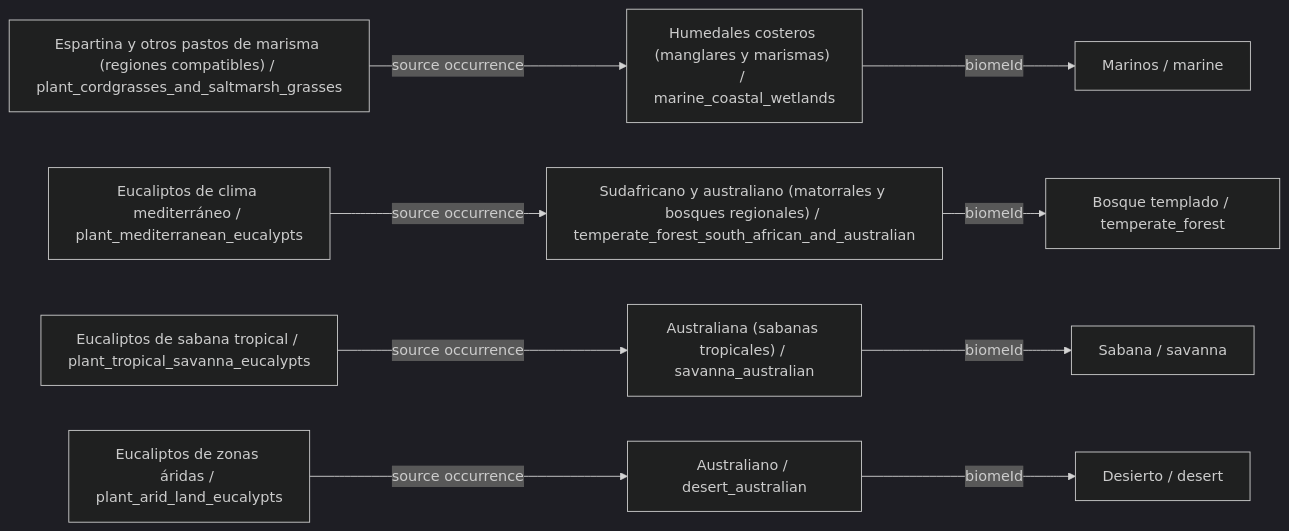
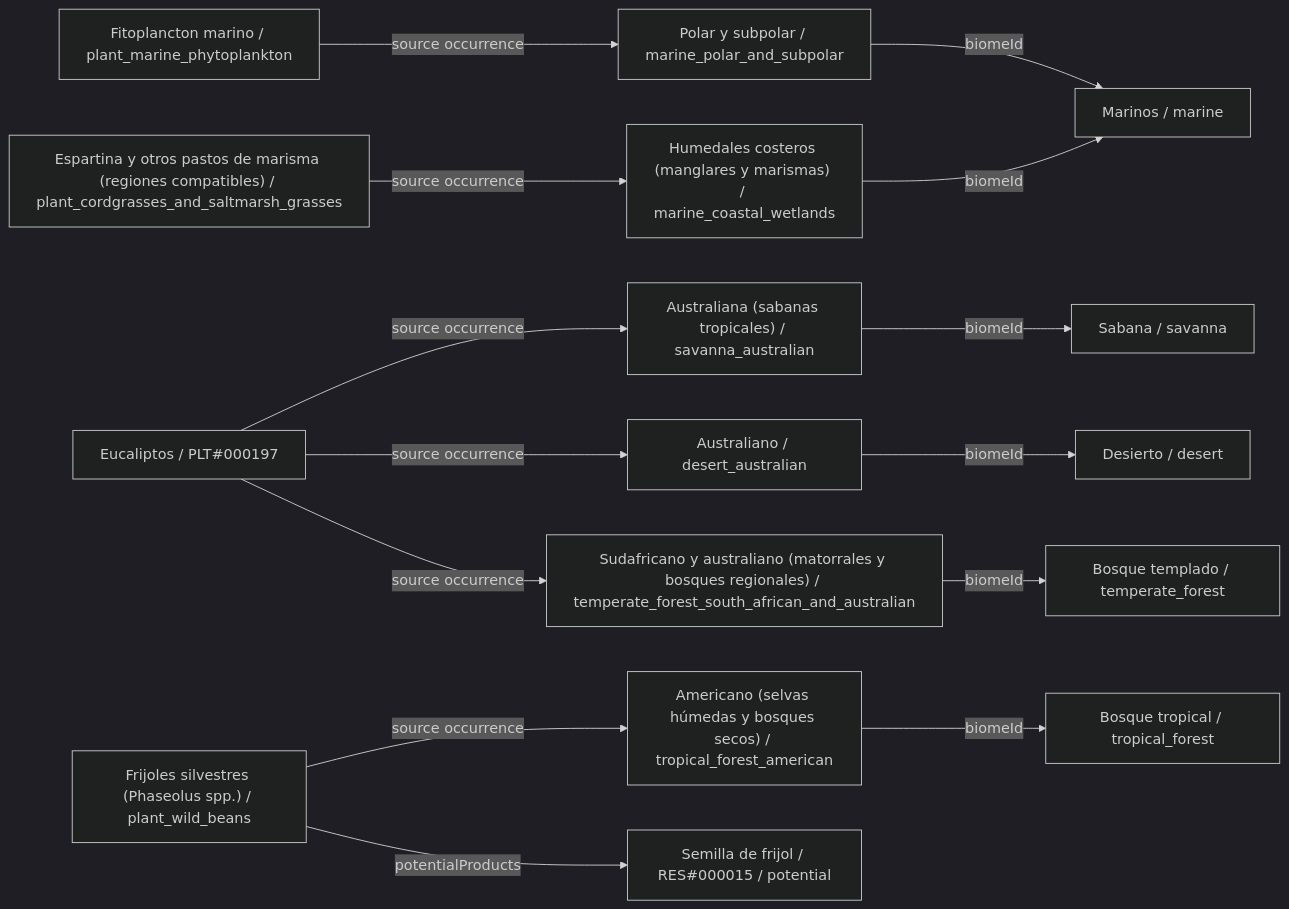
Before and after one commit to fgabo404/EvolveDoc: the tenth of 34 diagrams in data/plants/DIAGRAMS.es.md, drawn with Mermaid (dark theme). The commit also changed other lines of this file and 59 other files, not shown here.

````diff
--- a/data/plants/DIAGRAMS.es.md
+++ b/data/plants/DIAGRAMS.es.md
@@ -438,23 +396,32 @@
 ```mermaid
 flowchart LR
     c0["Espartina y otros pastos de marisma (regiones compatibles) / plant_cordgrasses_and_saltmarsh_grasses"]
     v22["Humedales costeros (manglares y marismas) / marine_coastal_wetlands"]
     b5["Marinos / marine"]
-    c1["Eucaliptos de clima mediterráneo / plant_mediterranean_eucalypts"]
+    c1["Eucaliptos / PLT#000197"]
     v6["Sudafricano y australiano (matorrales y bosques regionales) / temperate_forest_south_african_and_australian"]
     b1["Bosque templado / temperate_forest"]
-    c2["Eucaliptos de sabana tropical / plant_tropical_savanna_eucalypts"]
     v14["Australiana (sabanas tropicales) / savanna_australian"]
     b3["Sabana / savanna"]
-    c3["Eucaliptos de zonas áridas / plant_arid_land_eucalypts"]
     v18["Australiano / desert_australian"]
     b4["Desierto / desert"]
+    c2["Fitoplancton marino / plant_marine_phytoplankton"]
+    v21["Polar y subpolar / marine_polar_and_subpolar"]
+    c3["Frijoles silvestres (Phaseolus spp.) / plant_wild_beans"]
+    v0["Americano (selvas húmedas y bosques secos) / tropical_forest_american"]
+    b0["Bosque tropical / tropical_forest"]
+    o3_0["Semilla de frijol / RES#000015 / potential"]
     c0 -->|source occurrence| v22
+    c1 -->|source occurrence| v14
+    c1 -->|source occurrence| v18
     c1 -->|source occurrence| v6
-    c2 -->|source occurrence| v14
-    c3 -->|source occurrence| v18
+    c2 -->|source occurrence| v21
+    c3 -->|potentialProducts| o3_0
+    c3 -->|source occurrence| v0
+    v0 -->|biomeId| b0
     v14 -->|biomeId| b3
     v18 -->|biomeId| b4
+    v21 -->|biomeId| b5
     v22 -->|biomeId| b5
     v6 -->|biomeId| b1
 ```
````
